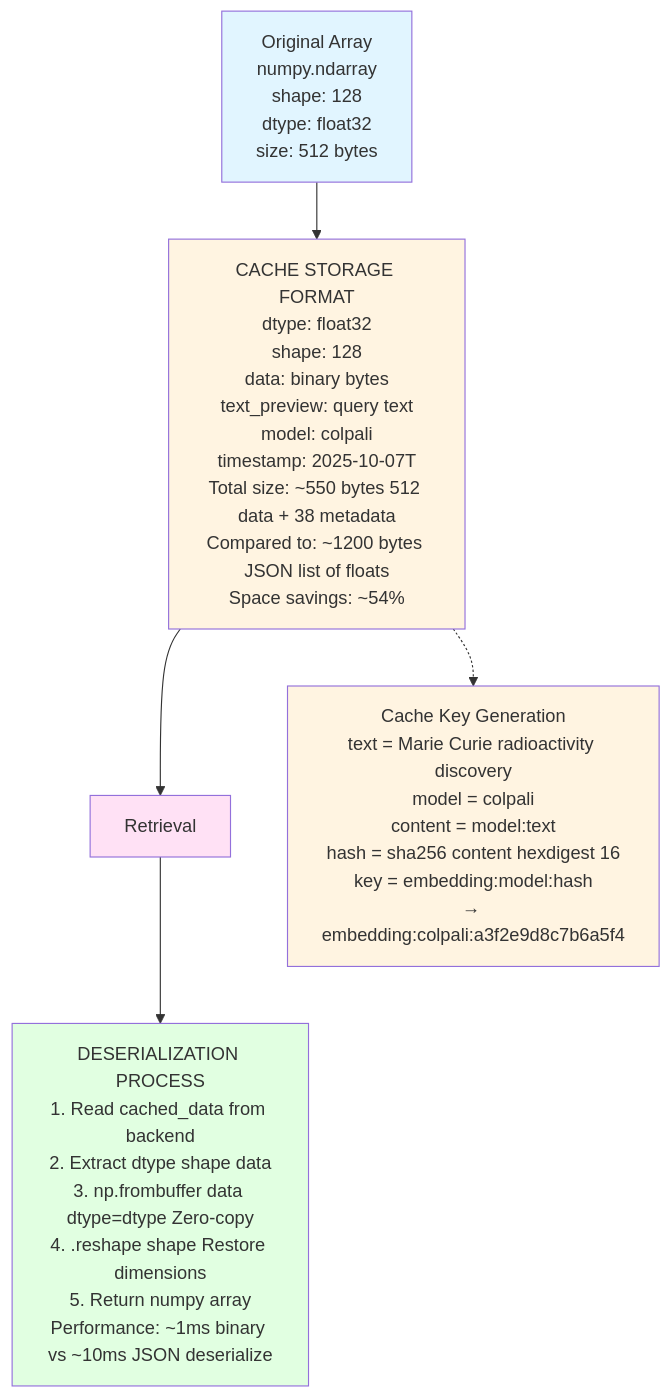
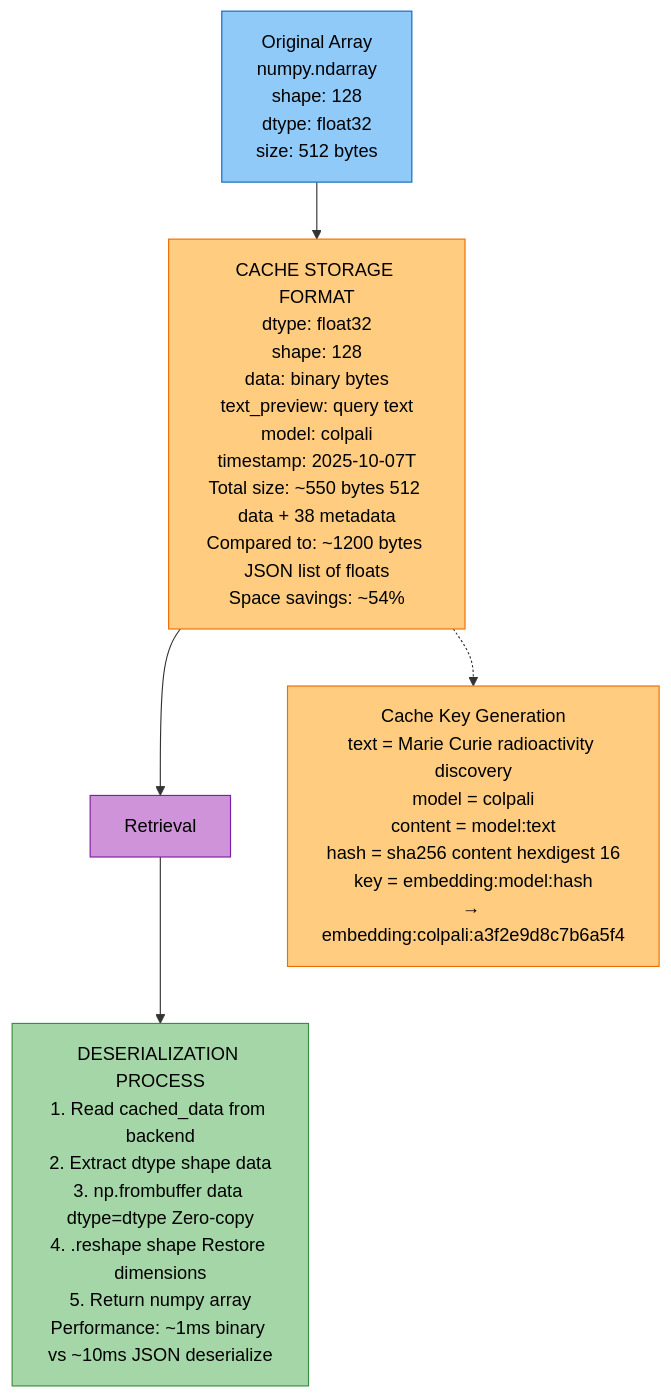
Before and after one commit to amit-jain/cogniverse: the fourth of 6 diagrams in docs/modules/cache.md, drawn with Mermaid. The commit also changed other lines of this file and 83 other files, not shown here.

First line of the commit message:
Fix documentation veracity, formatting, and diagrams across all modules

````diff
--- a/docs/modules/cache.md
+++ b/docs/modules/cache.md
@@ -252,23 +295,23 @@
 ```mermaid
-graph TB
-    ORIG[Original Array<br/>numpy.ndarray<br/>shape: 128<br/>dtype: float32<br/>size: 512 bytes]
+flowchart TB
+    ORIG["<span style='color:#000'>Original Array<br/>numpy.ndarray<br/>shape: 128<br/>dtype: float32<br/>size: 512 bytes</span>"]
 
-    STORAGE[CACHE STORAGE FORMAT<br/>dtype: float32<br/>shape: 128<br/>data: binary bytes<br/>text_preview: query text<br/>model: colpali<br/>timestamp: 2025-10-07T<br/>Total size: ~550 bytes 512 data + 38 metadata<br/>Compared to: ~1200 bytes JSON list of floats<br/>Space savings: ~54%]
+    STORAGE["<span style='color:#000'>CACHE STORAGE FORMAT<br/>dtype: float32<br/>shape: 128<br/>data: binary bytes<br/>text_preview: query text<br/>model: colpali<br/>timestamp: 2025-10-07T<br/>Total size: ~550 bytes 512 data + 38 metadata<br/>Compared to: ~1200 bytes JSON list of floats<br/>Space savings: ~54%</span>"]
 
-    RETR[Retrieval]
+    RETR["<span style='color:#000'>Retrieval</span>"]
 
-    DESER[DESERIALIZATION PROCESS<br/>1. Read cached_data from backend<br/>2. Extract dtype shape data<br/>3. np.frombuffer data dtype=dtype Zero-copy<br/>4. .reshape shape Restore dimensions<br/>5. Return numpy array<br/>Performance: ~1ms binary vs ~10ms JSON deserialize]
+    DESER["<span style='color:#000'>DESERIALIZATION PROCESS<br/>1. Read cached_data from backend<br/>2. Extract dtype shape data<br/>3. np.frombuffer data dtype=dtype Zero-copy<br/>4. .reshape shape Restore dimensions<br/>5. Return numpy array<br/>Performance: ~1ms binary vs ~10ms JSON deserialize</span>"]
 
-    KEYGEN[Cache Key Generation<br/>text = Marie Curie radioactivity discovery<br/>model = colpali<br/>content = model:text<br/>hash = sha256 content hexdigest 16<br/>key = embedding:model:hash<br/>→ embedding:colpali:a3f2e9d8c7b6a5f4]
+    KEYGEN["<span style='color:#000'>Cache Key Generation<br/>text = Marie Curie radioactivity discovery<br/>model = colpali<br/>content = model:text<br/>hash = sha256 content hexdigest 16<br/>key = embedding:model:hash<br/>→ embedding:colpali:a3f2e9d8c7b6a5f4</span>"]
 
     ORIG --> STORAGE
     STORAGE --> RETR
     RETR --> DESER
     STORAGE -.-> KEYGEN
 
-    style ORIG fill:#e1f5ff
-    style STORAGE fill:#fff4e1
-    style RETR fill:#ffe1f5
-    style DESER fill:#e1ffe1
-    style KEYGEN fill:#fff4e1
+    style ORIG fill:#90caf9,stroke:#1565c0,color:#000
+    style STORAGE fill:#ffcc80,stroke:#ef6c00,color:#000
+    style RETR fill:#ce93d8,stroke:#7b1fa2,color:#000
+    style DESER fill:#a5d6a7,stroke:#388e3c,color:#000
+    style KEYGEN fill:#ffcc80,stroke:#ef6c00,color:#000
 ```
````
